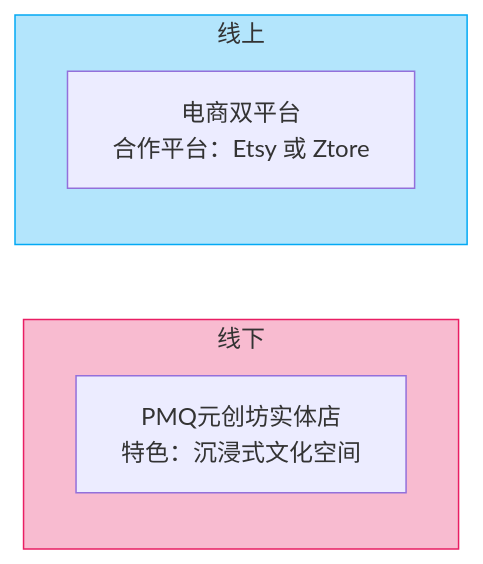
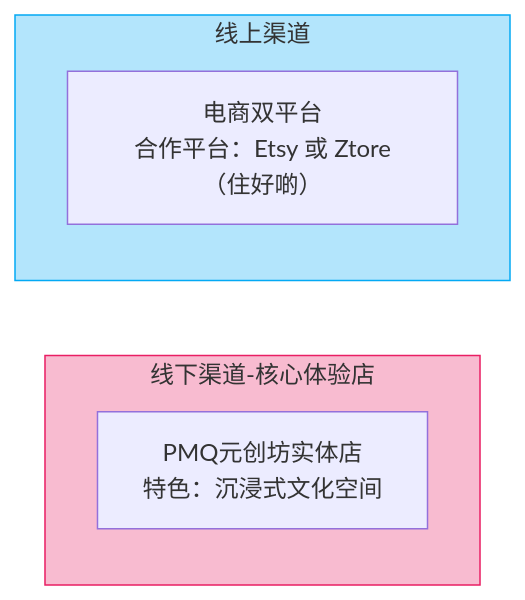
One commit to NaturalRice/git-demo changed the third of 4 diagrams in README.md. Above: the diagram before and after it, drawn with Mermaid.

````diff
--- a/README.md
+++ b/README.md
@@ -29,11 +29,11 @@
 ```mermaid
 flowchart LR
-    subgraph 线下
+    subgraph 线下渠道-核心体验店
         A[PMQ元创坊实体店<br>特色：沉浸式文化空间]
     end
-    subgraph 线上
-        B[电商双平台<br>合作平台：Etsy 或 Ztore]
+    subgraph 线上渠道
+        B[电商双平台<br>合作平台：Etsy 或 Ztore（住好啲）]
     end
-    style 线下 fill:#f8bbd0,stroke:#e91e63
-    style 线上 fill:#b3e5fc,stroke:#03a9f4
+    style 线下渠道-核心体验店 fill:#f8bbd0,stroke:#e91e63
+    style 线上渠道 fill:#b3e5fc,stroke:#03a9f4
 ```
````
